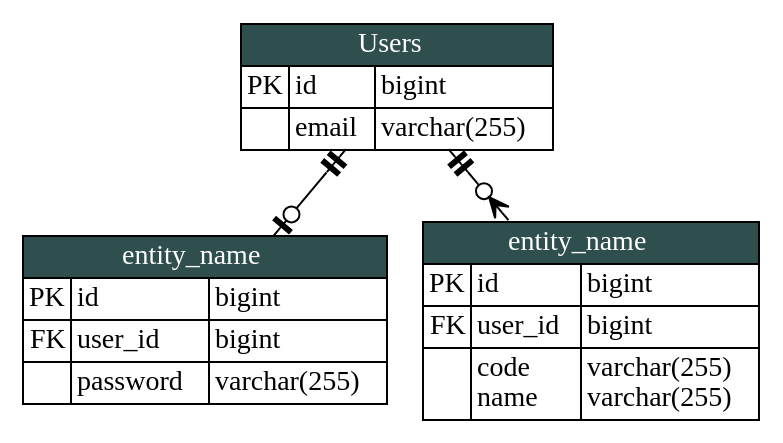
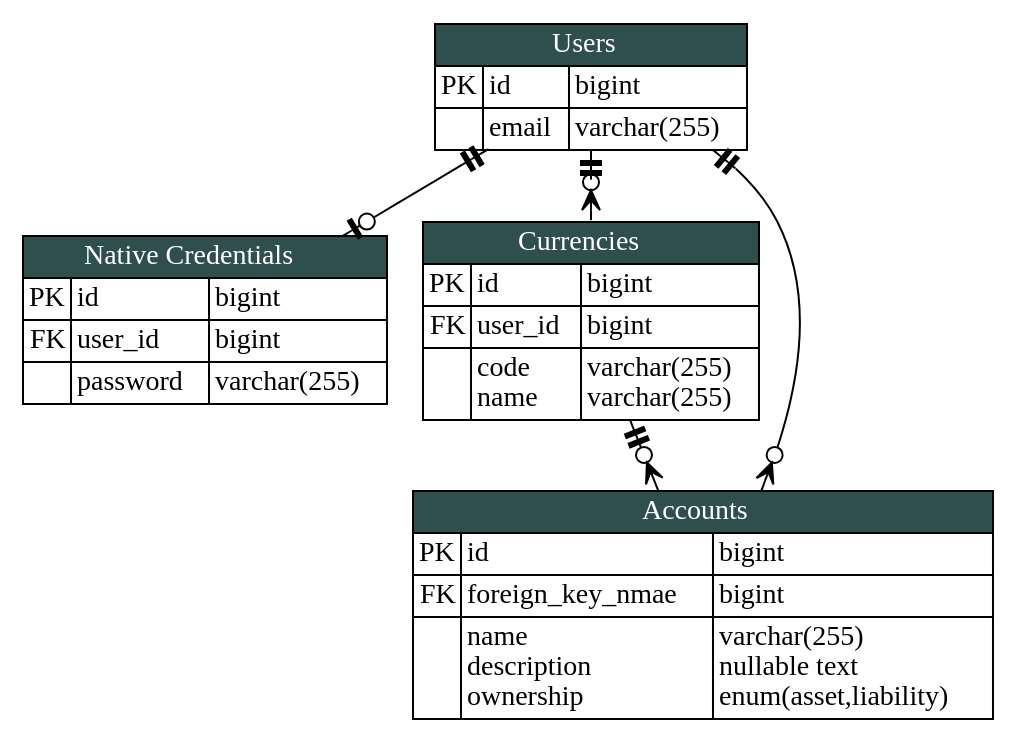
Before and after one commit to KennethTrecy/peratorakka_server: the diagram in blueprint/erd.dot, drawn with Graphviz. The commit also changed 1 other file, not shown here.

Commit message:
docs(blueprint): include account and entity name in the ERD

```diff
--- a/blueprint/erd.dot
+++ b/blueprint/erd.dot
@@ -1,124 +1,162 @@
 digraph {
 	graph [
 		splines = true
 		layout = dot
 	]
 	{
 		node [ shape = none margin = 0 fontname="Candara" ]
 		users [
 			label = <
 			<table cellspacing="0" border="0" cellborder="1">
 				<tr>
 					<td colspan="3" bgcolor="darkslategray">
 						<font color="white">
 							Users
 						</font>
 					</td>
 				</tr>
 				<tr>
 					<td>PK</td>
 					<td align="left">id</td>
 					<td align="left">bigint</td>
 				</tr>
 				<tr>
 					<td></td>
 					<td>
 						email<br align="left"/>
 					</td>
 					<td>
 						varchar(255)<br align="left"/>
 					</td>
 				</tr>
 			</table>
 			>
 		]
 
 		native_credentials [
 			label = <
 			<table cellspacing="0" border="0" cellborder="1">
 				<tr>
 					<td colspan="3" bgcolor="darkslategray">
 						<font color="white">
-							entity_name
+							Native Credentials
 						</font>
 					</td>
 				</tr>
 				<tr>
 					<td>PK</td>
 					<td align="left">id</td>
 					<td align="left">bigint</td>
 				</tr>
 				<tr>
 					<td>FK</td>
 					<td align="left">user_id</td>
 					<td align="left">bigint</td>
 				</tr>
 				<tr>
 					<td></td>
 					<td>
 						password<br align="left"/>
 					</td>
 					<td>
 						varchar(255)<br align="left"/>
 					</td>
 				</tr>
 			</table>
 			>
 		]
 		currencies [
 			label = <
 			<table cellspacing="0" border="0" cellborder="1">
 				<tr>
 					<td colspan="3" bgcolor="darkslategray">
 						<font color="white">
-							entity_name
+							Currencies
 						</font>
 					</td>
 				</tr>
 				<tr>
 					<td>PK</td>
 					<td align="left">id</td>
 					<td align="left">bigint</td>
 				</tr>
 				<tr>
 					<td>FK</td>
 					<td align="left">user_id</td>
 					<td align="left">bigint</td>
 				</tr>
 				<tr>
 					<td></td>
 					<td align="left">
 						code<br align="left"/>
 						name<br align="left"/>
 					</td>
 					<td align="left">
 						varchar(255)<br align="left"/>
 						varchar(255)<br align="left"/>
 					</td>
 				</tr>
 			</table>
 			>
 		]
+		accounts [
+			label = <
+			<table cellspacing="0" border="0" cellborder="1">
+				<tr>
+					<td colspan="3" bgcolor="darkslategray">
+						<font color="white">
+							Accounts
+						</font>
+					</td>
+				</tr>
+				<tr>
+					<td>PK</td>
+					<td align="left">id</td>
+					<td align="left">bigint</td>
+				</tr>
+				<tr>
+					<td>FK</td>
+					<td align="left">foreign_key_nmae</td>
+					<td align="left">bigint</td>
+				</tr>
+				<tr>
+					<td></td>
+					<td align="left">
+						name<br align="left"/>
+						description<br align="left"/>
+						ownership<br align="left"/>
+					</td>
+					<td align="left">
+						varchar(255)<br align="left"/>
+						nullable text<br align="left"/>
+						enum(asset,liability)<br align="left"/>
+					</td>
+				</tr>
+			</table>
+			>
+		]
 	}
 
 	edge [ dir = "both" ]
 	{
 		// zero or one
 		edge [
 			arrowhead = noneteeodot
 			arrowtail = noneteetee
 		]
 
 		users -> native_credentials
 	}
 
 	{
 		// zero to many
 		edge [
 			arrowhead = nonecrowodot
 			arrowtail = noneteetee
 		]
 
 		users -> currencies
+		users -> accounts
+		currencies -> accounts
 	}
 }
```
